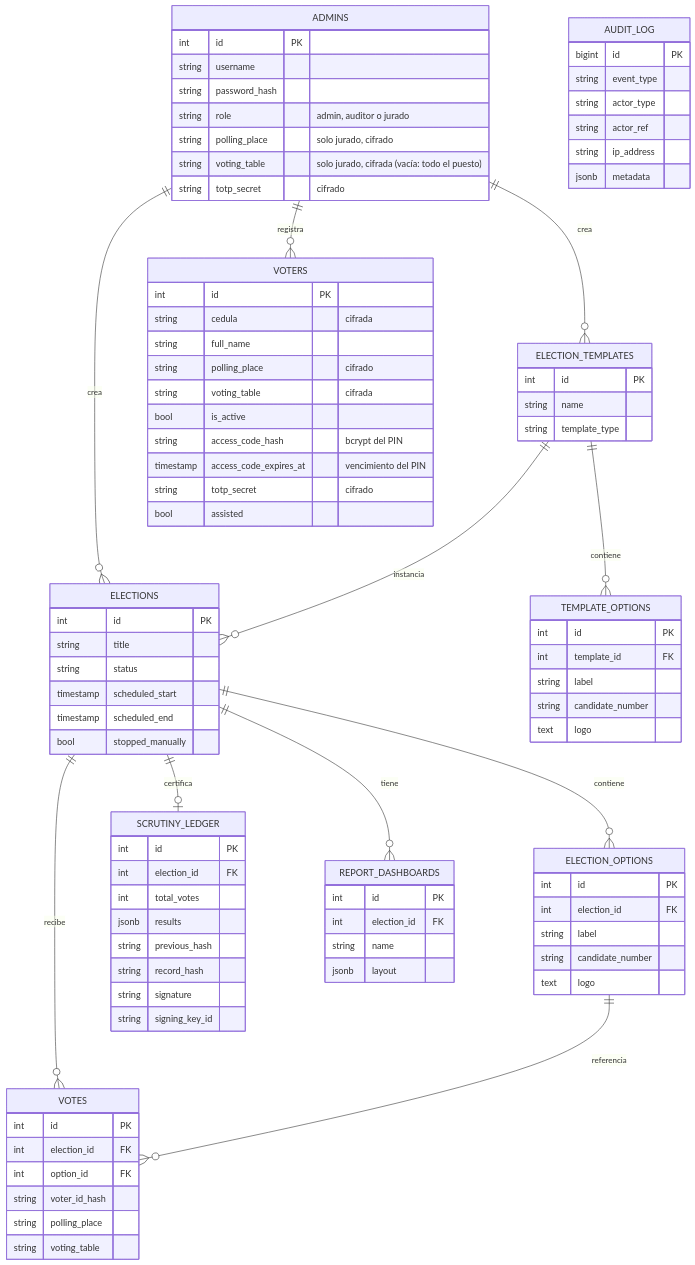
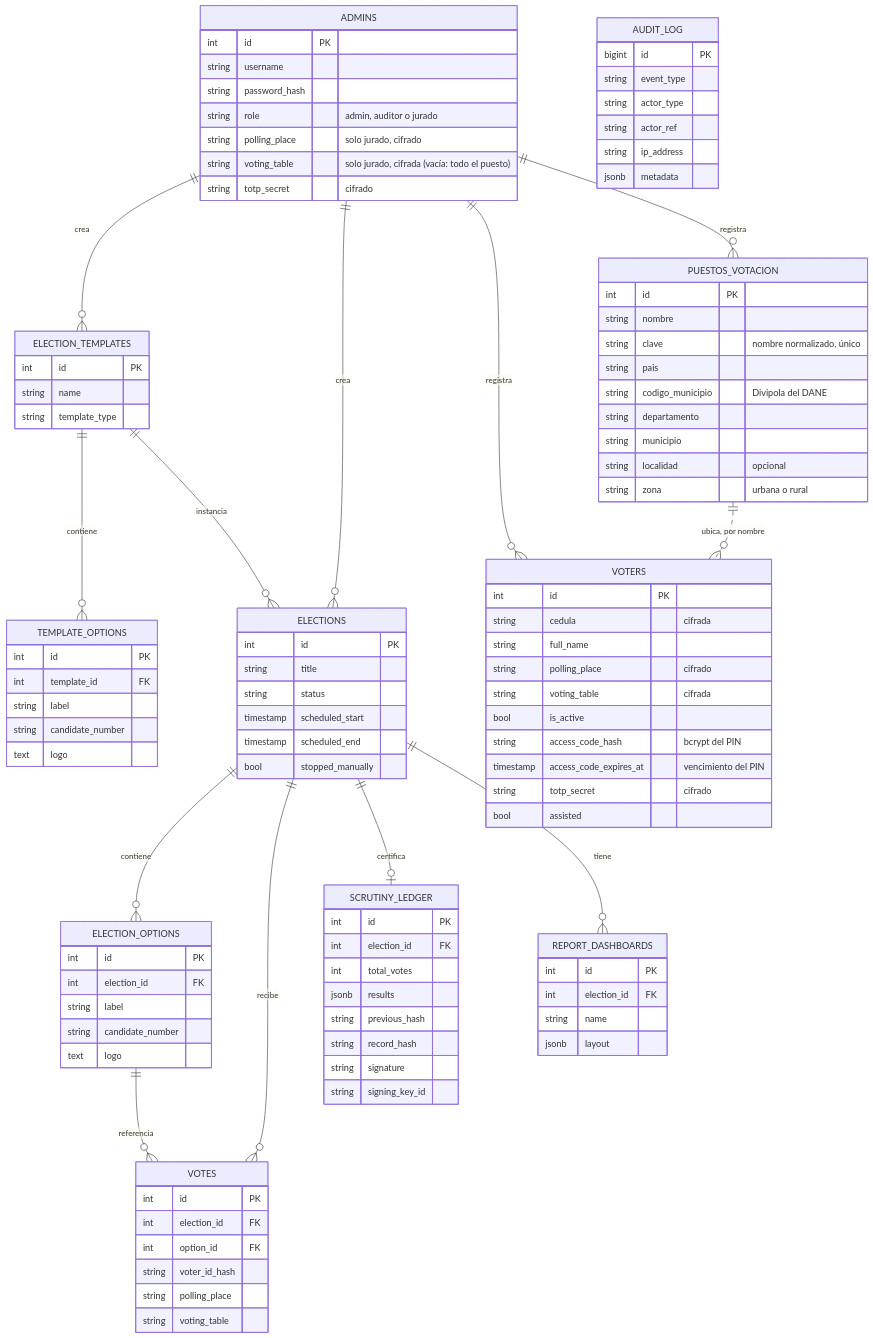
The fifth of 5 diagrams in docs/manual-arquitectura.md (NicolasPineda1421/LiveMetric), drawn with Mermaid before and after one commit. The commit also changed other lines of this file and 46 other files, not shown here.

First line of the commit message:
Cada puesto de votacion con su ubicacion: pais, departamento, municipio, localidad y zona

```diff
--- a/docs/manual-arquitectura.md
+++ b/docs/manual-arquitectura.md
@@ -370,6 +373,8 @@
     ADMINS ||--o{ ELECTION_TEMPLATES : crea
     ADMINS ||--o{ ELECTIONS : crea
     ADMINS ||--o{ VOTERS : registra
+    ADMINS ||--o{ PUESTOS_VOTACION : registra
+    PUESTOS_VOTACION ||..o{ VOTERS : "ubica, por nombre"
     ELECTION_TEMPLATES ||--o{ TEMPLATE_OPTIONS : contiene
     ELECTION_TEMPLATES ||--o{ ELECTIONS : instancia
     ELECTIONS ||--o{ ELECTION_OPTIONS : contiene
@@ -398,6 +403,17 @@
         timestamp access_code_expires_at "vencimiento del PIN"
         string totp_secret "cifrado"
         bool assisted
+    }
+    PUESTOS_VOTACION {
+        int id PK
+        string nombre
+        string clave "nombre normalizado, único"
+        string pais
+        string codigo_municipio "Divipola del DANE"
+        string departamento
+        string municipio
+        string localidad "opcional"
+        string zona "urbana o rural"
     }
     ELECTION_TEMPLATES {
         int id PK
```
